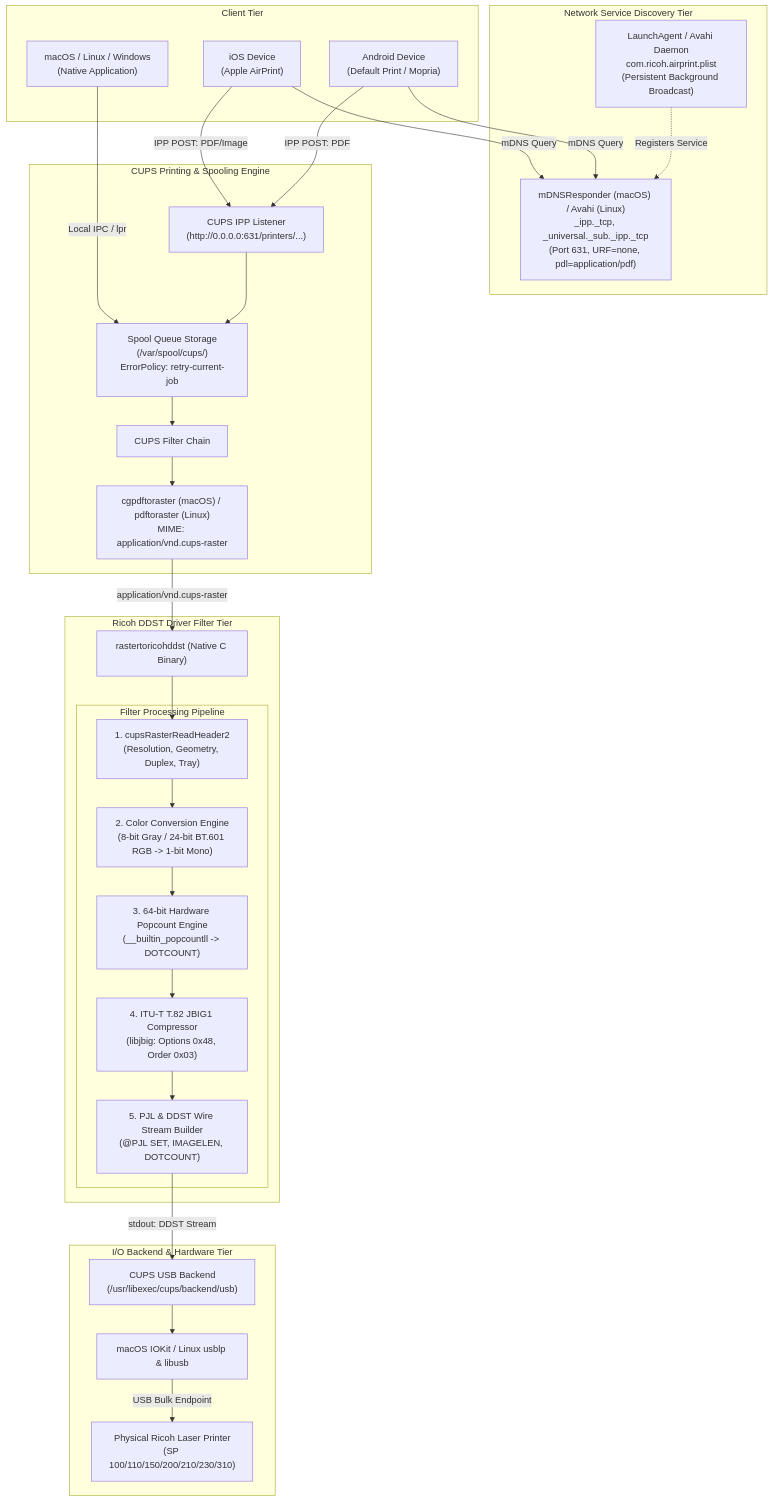
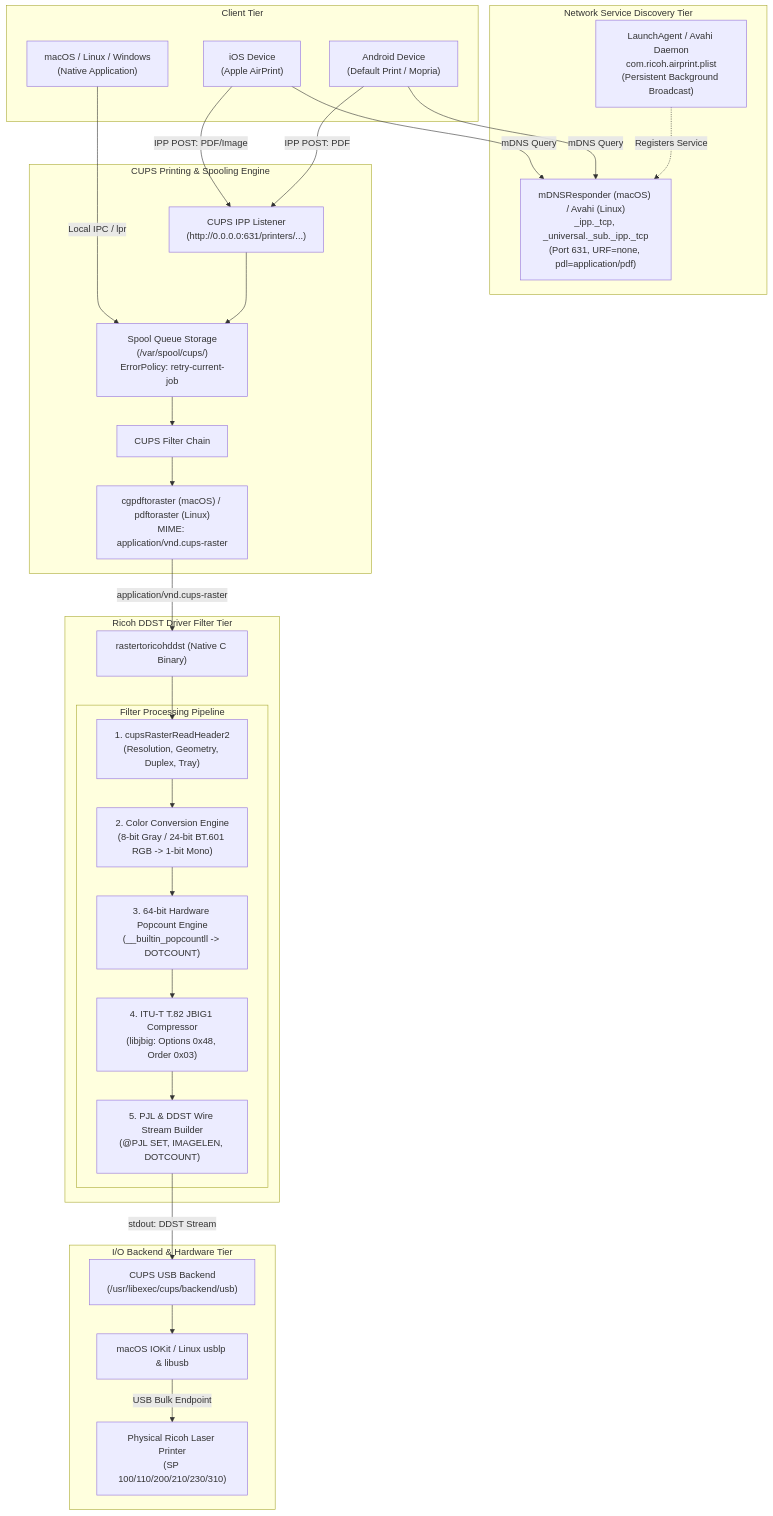
The first of 2 diagrams in SYSTEM_DESIGN.md (ankitsingh99/ricoh-universal-ddst-driver), drawn with Mermaid before and after one commit. The commit also changed other lines of this file and 11 other files, not shown here.

````diff
--- a/SYSTEM_DESIGN.md
+++ b/SYSTEM_DESIGN.md
@@ -17,55 +17,55 @@
 ```mermaid
 flowchart TD
     subgraph Clients["Client Tier"]
         iOS["iOS Device\n(Apple AirPrint)"]
         Android["Android Device\n(Default Print / Mopria)"]
         Desktop["macOS / Linux / Windows\n(Native Application)"]
     end
 
     subgraph Discovery["Network Service Discovery Tier"]
         mDNS["mDNSResponder (macOS) / Avahi (Linux)\n_ipp._tcp, _universal._sub._ipp._tcp\n(Port 631, URF=none, pdl=application/pdf)"]
         LaunchAgent["LaunchAgent / Avahi Daemon\ncom.ricoh.airprint.plist\n(Persistent Background Broadcast)"]
     end
 
     subgraph Spooler["CUPS Printing & Spooling Engine"]
         IPP["CUPS IPP Listener\n(http://0.0.0.0:631/printers/...)"]
         SpoolQueue["Spool Queue Storage\n(/var/spool/cups/)\nErrorPolicy: retry-current-job"]
         FilterPipeline["CUPS Filter Chain"]
         PDFtoRaster["cgpdftoraster (macOS) / pdftoraster (Linux)\nMIME: application/vnd.cups-raster"]
     end
 
     subgraph DriverFilter["Ricoh DDST Driver Filter Tier"]
         CFilter["rastertoricohddst (Native C Binary)"]
         subgraph Pipeline["Filter Processing Pipeline"]
             HdrParse["1. cupsRasterReadHeader2\n(Resolution, Geometry, Duplex, Tray)"]
             ColorConv["2. Color Conversion Engine\n(8-bit Gray / 24-bit BT.601 RGB -> 1-bit Mono)"]
             Popcount["3. 64-bit Hardware Popcount Engine\n(__builtin_popcountll -> DOTCOUNT)"]
             JBIG["4. ITU-T T.82 JBIG1 Compressor\n(libjbig: Options 0x48, Order 0x03)"]
             PJL["5. PJL & DDST Wire Stream Builder\n(@PJL SET, IMAGELEN, DOTCOUNT)"]
         end
     end
 
     subgraph Backend["I/O Backend & Hardware Tier"]
         USBBackend["CUPS USB Backend\n(/usr/libexec/cups/backend/usb)"]
         IOKit["macOS IOKit / Linux usblp & libusb"]
-        Printer["Physical Ricoh Laser Printer\n(SP 100/110/150/200/210/230/310)"]
+        Printer["Physical Ricoh Laser Printer\n(SP 100/110/200/210/230/310)"]
     end
 
     iOS -->|mDNS Query| mDNS
     Android -->|mDNS Query| mDNS
     LaunchAgent -.->|Registers Service| mDNS
 
     iOS -->|IPP POST: PDF/Image| IPP
     Android -->|IPP POST: PDF| IPP
     Desktop -->|Local IPC / lpr| SpoolQueue
 
     IPP --> SpoolQueue
     SpoolQueue --> FilterPipeline
     FilterPipeline --> PDFtoRaster
     PDFtoRaster -->|application/vnd.cups-raster| CFilter
 
     CFilter --> HdrParse --> ColorConv --> Popcount --> JBIG --> PJL
     PJL -->|stdout: DDST Stream| USBBackend
     USBBackend --> IOKit
     IOKit -->|USB Bulk Endpoint| Printer
 ```
````
